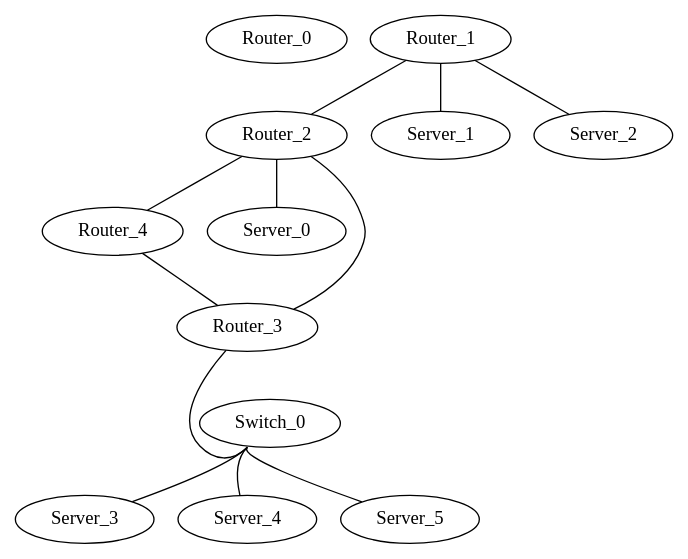
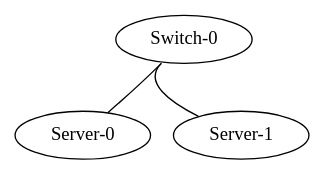
The diagram in TopologyGen/TopologyInfo/topology.dot (matferronato/TopologyGen), drawn with Graphviz before and after one commit. The commit also changed 10558 other files, not shown here.

```diff
--- a/TopologyGen/TopologyInfo/topology.dot
+++ b/TopologyGen/TopologyInfo/topology.dot
@@ -1,25 +1,7 @@
 graph vx {
-"Router_0" [function="leaf" vagrant="eth1" os="Ubuntu" version="1.1" memory="500" config="./helper_scripts/config_production_switch.sh" ]
-"Router_1" [function="leaf" vagrant="eth1" os="Ubuntu" version="1.1" memory="500" config="./helper_scripts/config_production_switch.sh" ]
-"Router_2" [function="leaf" vagrant="eth1" os="Ubuntu" version="1.1" memory="500" config="./helper_scripts/config_production_switch.sh" ]
-"Router_3" [function="leaf" vagrant="eth1" os="Ubuntu" version="1.1" memory="500" config="./helper_scripts/config_production_switch.sh" ]
-"Router_4" [function="leaf" vagrant="eth1" os="Ubuntu" version="1.1" memory="500" config="./helper_scripts/config_production_switch.sh" ]
-"Server_0" [function="leaf" vagrant="eth1" os="Ubuntu" version="1.1" memory="500" config="./helper_scripts/config_production_switch.sh" ]
-"Server_1" [function="leaf" vagrant="eth1" os="Ubuntu" version="1.1" memory="500" config="./helper_scripts/config_production_switch.sh" ]
-"Server_2" [function="leaf" vagrant="eth1" os="Ubuntu" version="1.1" memory="500" config="./helper_scripts/config_production_switch.sh" ]
-"Server_3" [function="leaf" vagrant="eth1" os="Ubuntu" version="1.1" memory="500" config="./helper_scripts/config_production_switch.sh" ]
-"Server_4" [function="leaf" vagrant="eth1" os="Ubuntu" version="1.1" memory="500" config="./helper_scripts/config_production_switch.sh" ]
-"Server_5" [function="leaf" vagrant="eth1" os="Ubuntu" version="1.1" memory="500" config="./helper_scripts/config_production_switch.sh" ]
-"Switch_0" [function="leaf" vagrant="eth1" os="Ubuntu" version="1.1" memory="500" config="./helper_scripts/config_production_switch.sh" ]
-"Switch_0":"swp1" -- "Server_3":"eth50"
-"Switch_0":"swp2" -- "Server_4":"eth50"
-"Switch_0":"swp3" -- "Server_5":"eth50"
-"Router_3":"eth50" -- "Switch_0":"swp100"
-"Router_4":"eth100" -- "Router_3":"eth100"
-"Router_2":"eth100" -- "Router_4":"eth101"
-"Router_3":"eth101" -- "Router_2":"eth101"
-"Router_2":"eth1" -- "Server_0":"eth100"
-"Router_1":"eth100" -- "Router_2":"eth102"
-"Router_1":"eth1" -- "Server_1":"eth100"
-"Router_1":"eth2" -- "Server_2":"eth100"
+"Server-0" [function="leaf" vagrant="eth1" os="hashicorp/bionic64" version="1.0.282" memory="500" config="./helper_scripts/config_production_switch.sh" ]
+"Server-1" [function="leaf" vagrant="eth1" os="hashicorp/bionic64" version="1.0.282" memory="500" config="./helper_scripts/config_production_switch.sh" ]
+"Switch-0" [function="leaf" vagrant="eth1" os="hashicorp/bionic64" version="1.0.282" memory="500" config="./helper_scripts/config_production_switch.sh" ]
+"Switch-0":"swp1" -- "Server-1":"eth50"
+"Switch-0":"swp2" -- "Server-0":"eth50"
 }
```
